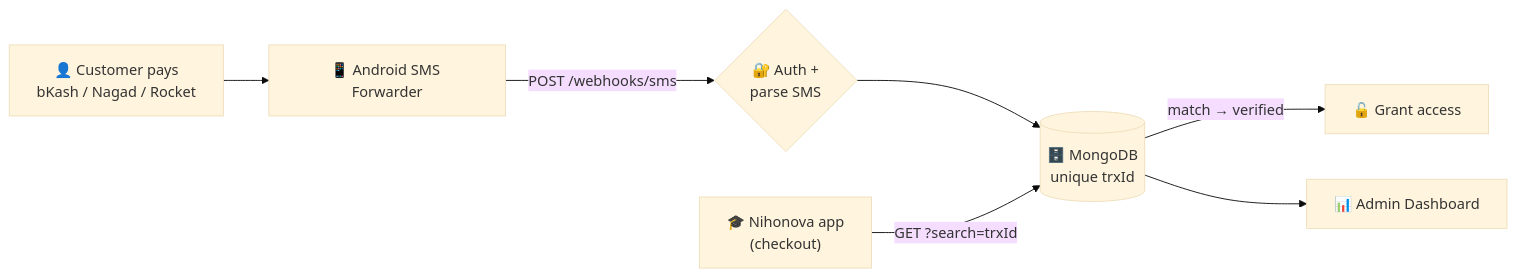
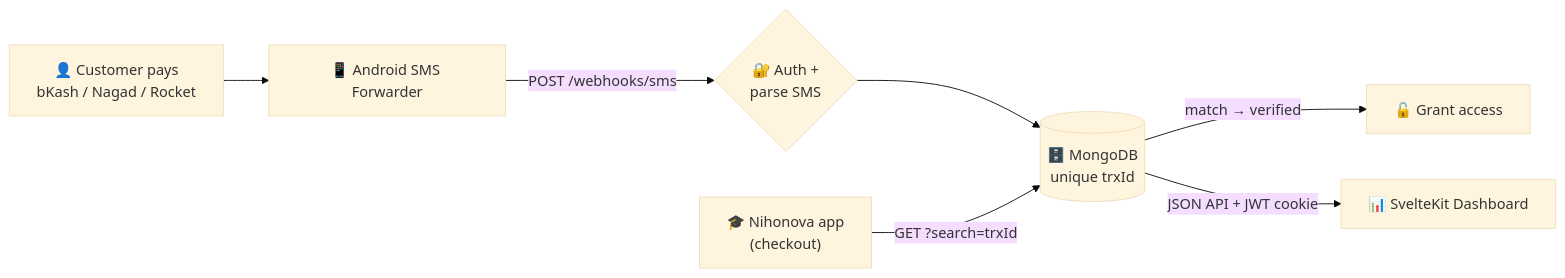
One commit to mrahmann0010/Nihonova-Payment-Gateway changed the diagram in README.md. Above: the diagram before and after it, drawn with Mermaid (base theme). The commit also changed other lines of this file and 3 other files, not shown here.

````diff
--- a/README.md
+++ b/README.md
@@ -22,9 +25,9 @@
 ```mermaid
 flowchart LR
     A["👤 Customer pays<br/>bKash / Nagad / Rocket"] --> B["📱 Android SMS Forwarder"]
     B -->|"POST /webhooks/sms"| C{"🔐 Auth +<br/>parse SMS"}
     C --> D[("🗄️ MongoDB<br/>unique trxId")]
     E["🎓 Nihonova app<br/>(checkout)"] -->|"GET ?search=trxId"| D
     D -->|"match → verified"| F["🔓 Grant access"]
-    D --> G["📊 Admin Dashboard"]
+    D -->|"JSON API + JWT cookie"| G["📊 SvelteKit Dashboard"]
 ```
````
